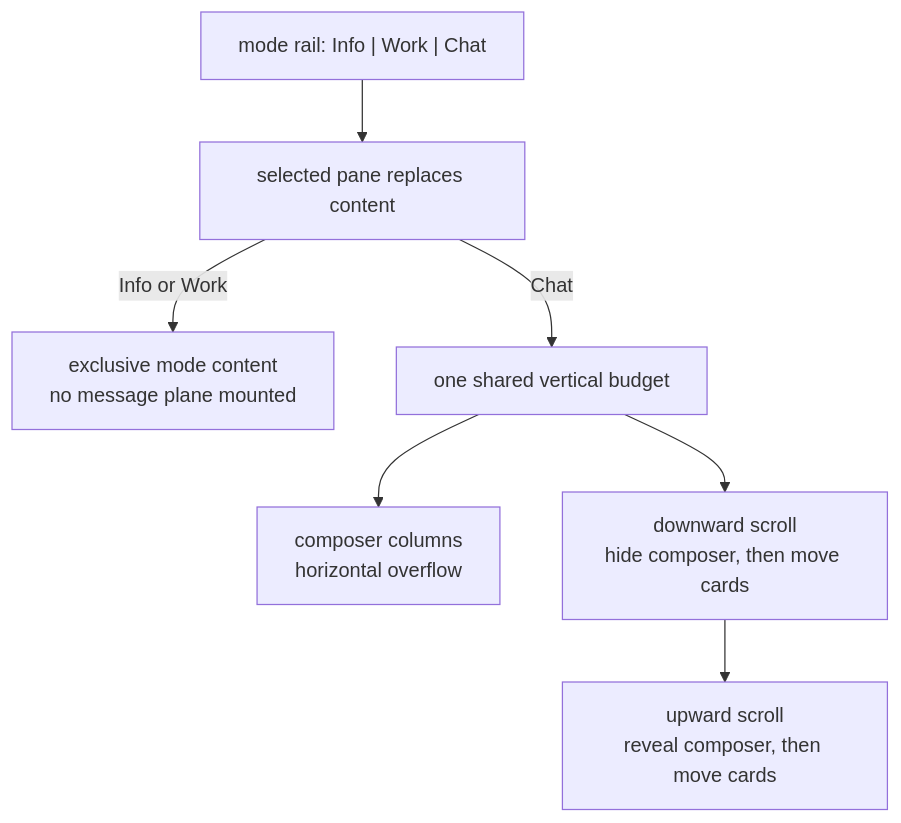
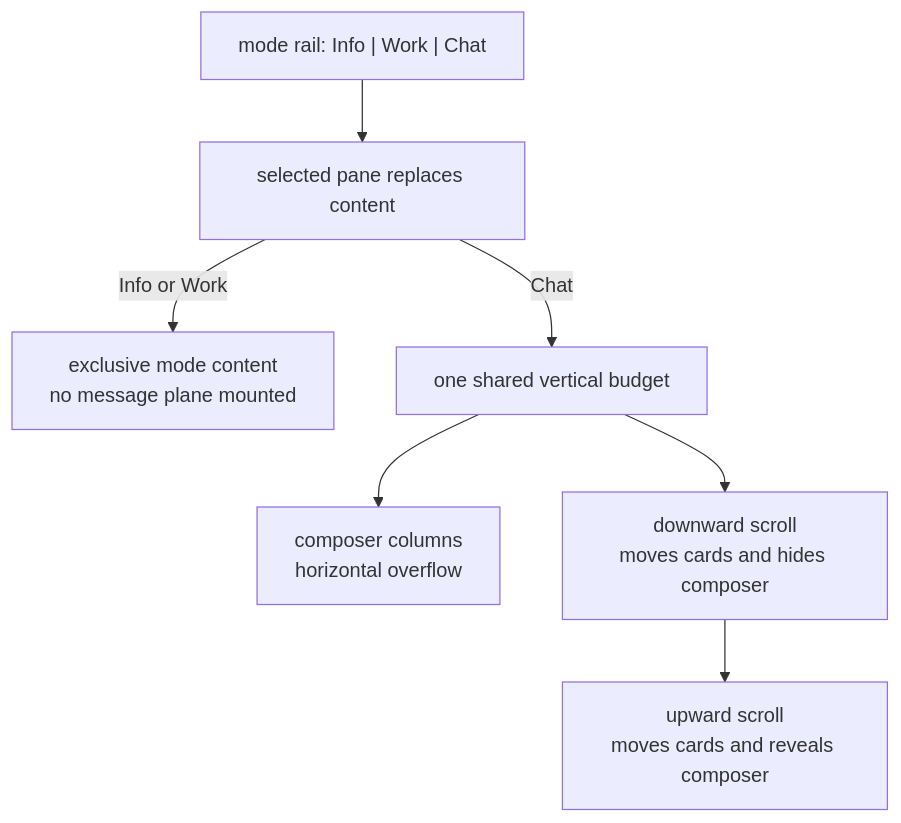
One commit to infimalabs/spice-rust changed diagram 20 of 25 in docs/product/value.md. Above: the diagram before and after it, drawn with Mermaid. The commit also changed other lines of this file and 5 other files, not shown here.

````diff
--- a/docs/product/value.md
+++ b/docs/product/value.md
@@ -545,9 +545,9 @@
 ```mermaid
 flowchart TD
   R["mode rail: Info | Work | Chat"] --> P["selected pane replaces content"]
   P -- "Info or Work" --> X["exclusive mode content<br/>no message plane mounted"]
   P -- "Chat" --> C["one shared vertical budget"]
   C --> H["composer columns<br/>horizontal overflow"]
-  C --> S["downward scroll<br/>hide composer, then move cards"]
-  S --> U["upward scroll<br/>reveal composer, then move cards"]
+  C --> S["downward scroll<br/>moves cards and hides composer"]
+  S --> U["upward scroll<br/>moves cards and reveals composer"]
 ```
````
